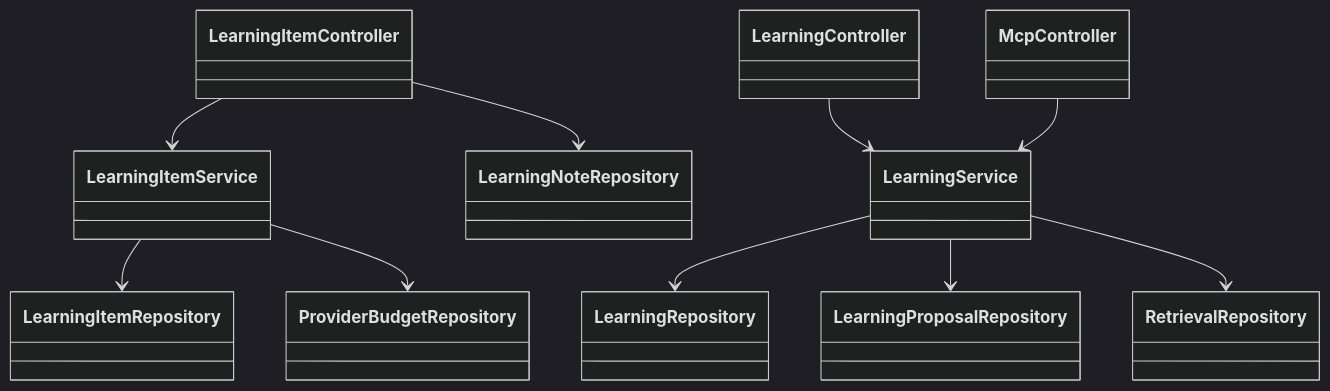
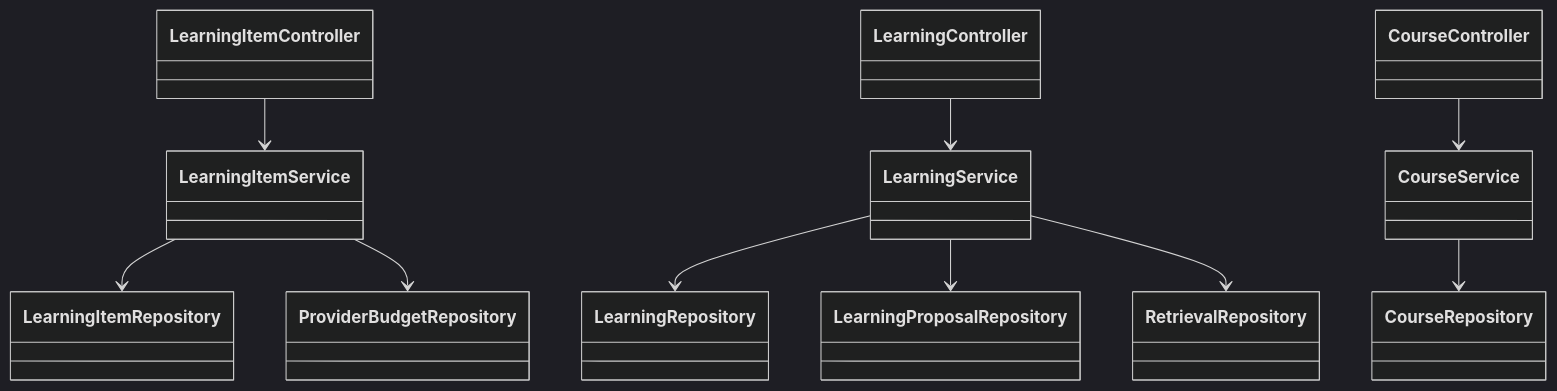
The fourth of 8 diagrams in docs/architecture.md (NearthYou/Studytube), drawn with Mermaid (dark theme) before and after one commit. The commit also changed other lines of this file and 8 other files, not shown here.

````diff
--- a/docs/architecture.md
+++ b/docs/architecture.md
@@ -44,24 +87,25 @@
 ```mermaid
 classDiagram
   class LearningItemController
   class LearningItemService
   class LearningItemRepository
-  class LearningNoteRepository
   class ProviderBudgetRepository
   class LearningController
   class LearningService
   class LearningRepository
   class LearningProposalRepository
   class RetrievalRepository
-  class McpController
+  class CourseController
+  class CourseService
+  class CourseRepository
 
   LearningItemController --> LearningItemService
-  LearningItemController --> LearningNoteRepository
   LearningItemService --> LearningItemRepository
   LearningItemService --> ProviderBudgetRepository
   LearningController --> LearningService
   LearningService --> LearningRepository
   LearningService --> LearningProposalRepository
   LearningService --> RetrievalRepository
-  McpController --> LearningService
+  CourseController --> CourseService
+  CourseService --> CourseRepository
 ```
````
